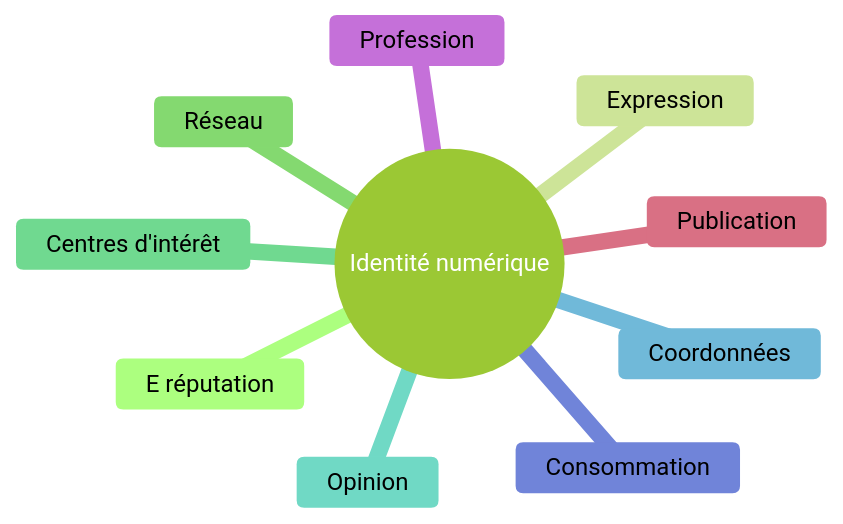
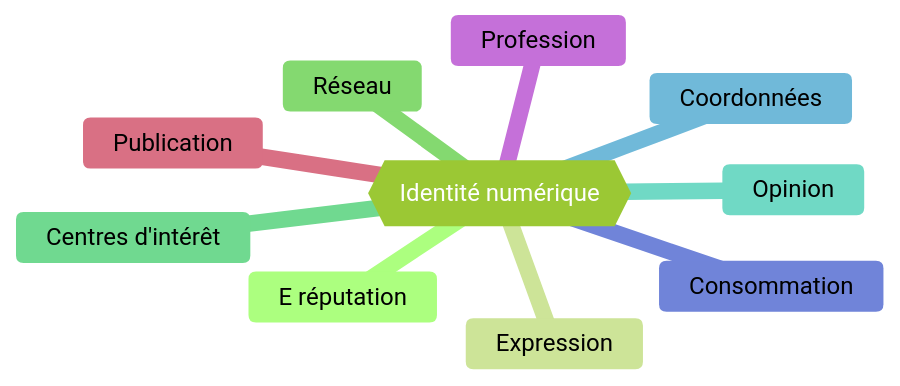
Before and after one commit to boddaert/snt: the diagram in seconde/Réseaux sociaux/Identite_numerique.md, drawn with Mermaid. The commit also changed other lines of this file, not shown here.

````diff
--- a/seconde/Réseaux sociaux/Identite_numerique.md
+++ b/seconde/Réseaux sociaux/Identite_numerique.md
@@ -7,14 +9,14 @@
 ```mermaid
 %%{init: { 'logLevel': 'debug', 'theme': 'forest'}}%%
 mindmap
-  root((Identité numérique))
+  root{{Identité numérique}}
     E réputation
     Expression
     Réseau
     Centres d'intérêt
     Opinion
     Coordonnées
     Consommation
     Profession
     Publication
 ```
````
